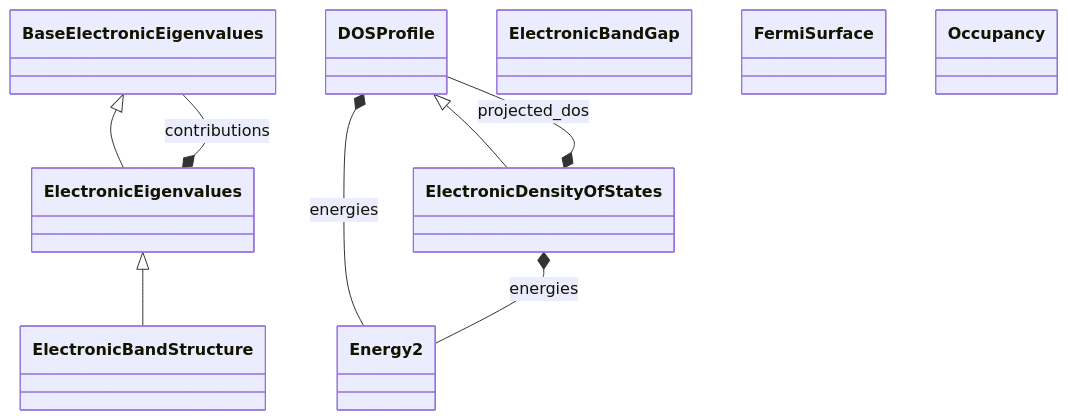
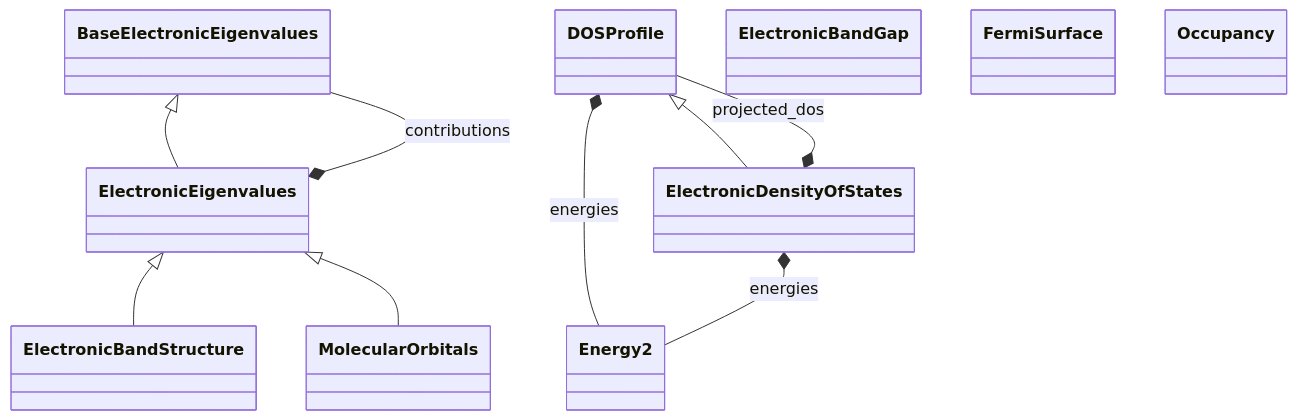
The diagram in docs/schema/electronic_properties.diagram.md (FAIRmat-NFDI/nomad-simulations), drawn with Mermaid before and after one commit. The commit also changed 10 other files, not shown here.

Commit message:
fix ElectronicEigenvalues, MOs semantic cleanup

````diff
--- a/docs/schema/electronic_properties.diagram.md
+++ b/docs/schema/electronic_properties.diagram.md
@@ -14,19 +14,21 @@
 ```mermaid
 classDiagram
     class BaseElectronicEigenvalues
     class DOSProfile
     class ElectronicBandGap
     class ElectronicBandStructure
     class ElectronicDensityOfStates
     class ElectronicEigenvalues
     class Energy2
     class FermiSurface
+    class MolecularOrbitals
     class Occupancy
     ElectronicEigenvalues <|-- ElectronicBandStructure
+    ElectronicEigenvalues <|-- MolecularOrbitals
     DOSProfile <|-- ElectronicDensityOfStates
     BaseElectronicEigenvalues <|-- ElectronicEigenvalues
     DOSProfile *-- Energy2 : energies
     ElectronicDensityOfStates *-- DOSProfile : projected_dos
     ElectronicDensityOfStates *-- Energy2 : energies
     ElectronicEigenvalues *-- BaseElectronicEigenvalues : contributions
 ```
````
